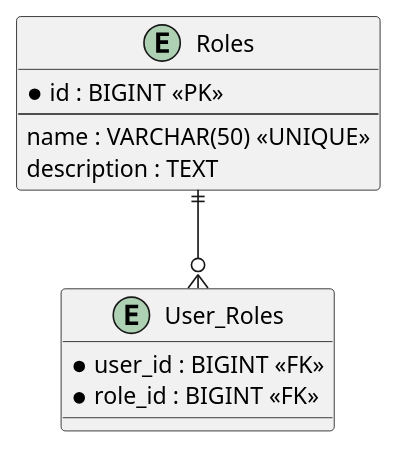
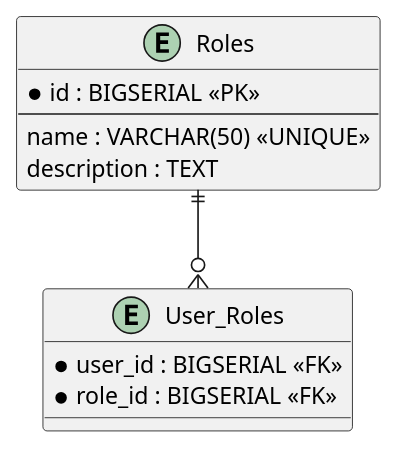
Before and after one commit to hutaoying/auth-demo: the tenth of 12 diagrams in doc/Technical Design Document.md, drawn with PlantUML. The commit also changed other lines of this file and 25 other files, not shown here.

````diff
--- a/doc/Technical Design Document.md
+++ b/doc/Technical Design Document.md
@@ -185,15 +289,15 @@
 ```plantuml
 @startuml
 entity "Roles" {
-  * id : BIGINT <<PK>>
+  * id : BIGSERIAL <<PK>>
   --
   name : VARCHAR(50) <<UNIQUE>>
   description : TEXT
 }
 entity "User_Roles" {
-  * user_id : BIGINT <<FK>>
-  * role_id : BIGINT <<FK>>
+  * user_id : BIGSERIAL <<FK>>
+  * role_id : BIGSERIAL <<FK>>
 }
 Roles ||--o{ User_Roles
 @enduml
 ```
````
